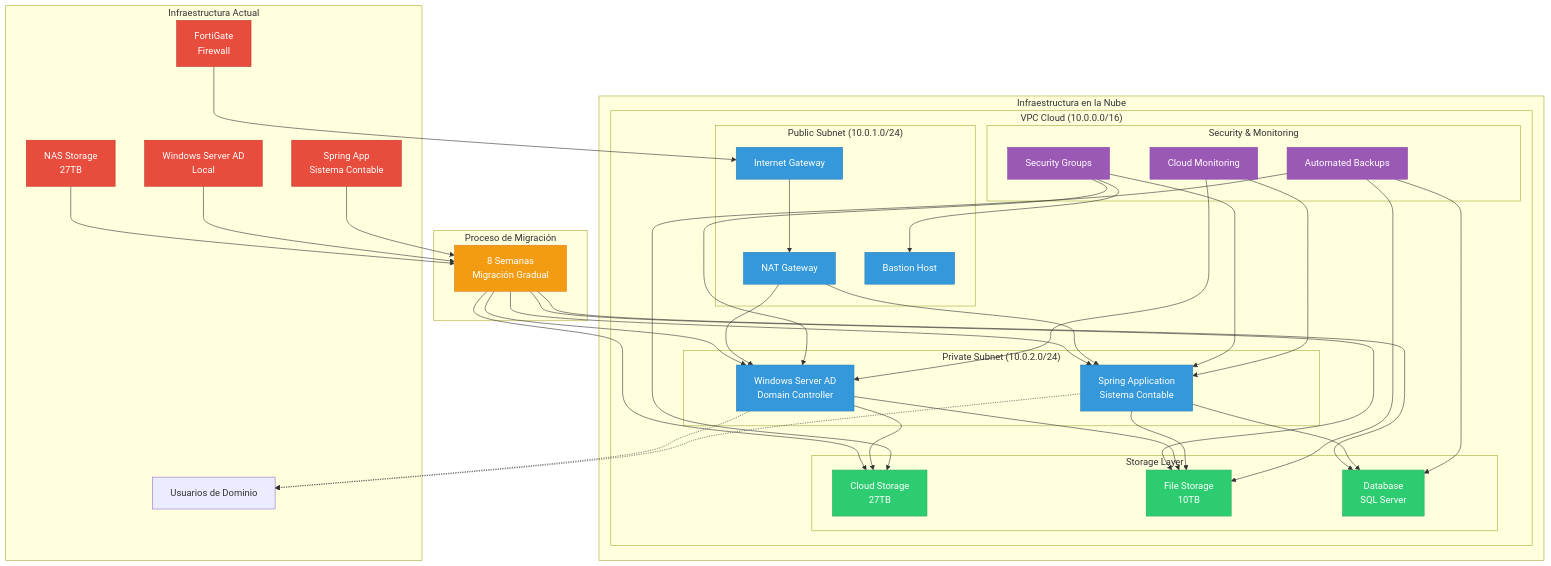
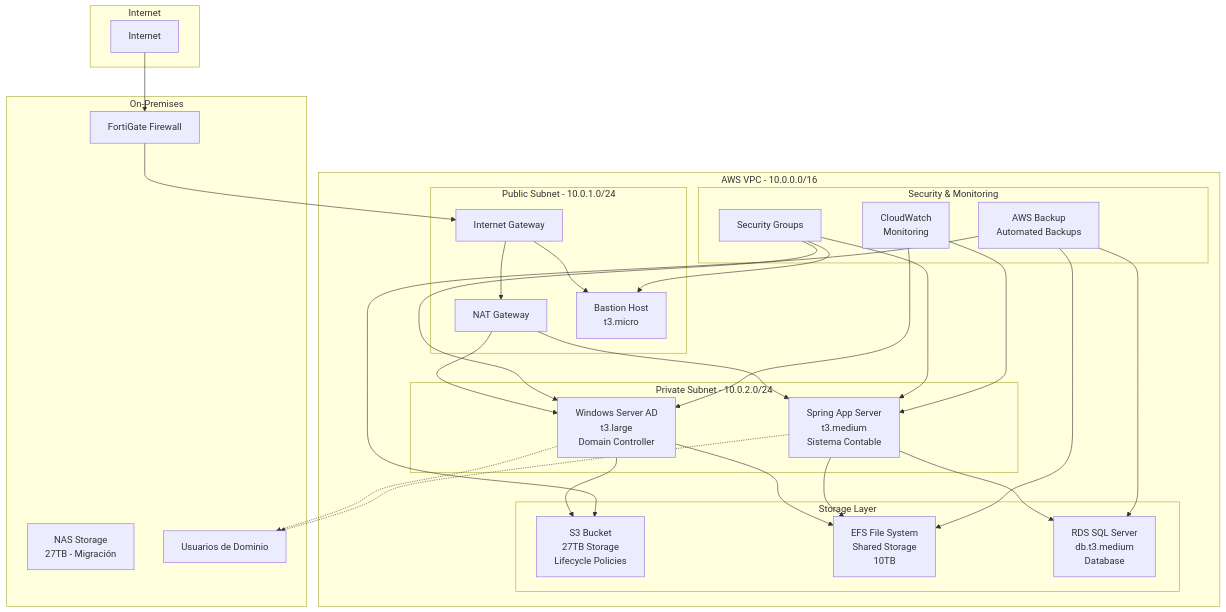
Before and after one commit to zipdatape/TEST: the diagram in README.md, drawn with Mermaid. The commit also changed other lines of this file, not shown here.

````diff
--- a/README.md
+++ b/README.md
@@ -5,85 +18,62 @@
 ```mermaid
 graph TB
-    subgraph "Infraestructura Actual"
-        NAS[NAS Storage<br/>27TB]
-        AD_LOCAL[Windows Server AD<br/>Local]
-        SPRING_LOCAL[Spring App<br/>Sistema Contable]
-        FORTIGATE[FortiGate<br/>Firewall]
+    subgraph "Internet"
+        INTERNET[Internet]
+    end
+    
+    subgraph "AWS VPC - 10.0.0.0/16"
+        subgraph "Public Subnet - 10.0.1.0/24"
+            IGW[Internet Gateway]
+            NAT[NAT Gateway]
+            BASTION[Bastion Host<br/>t3.micro]
+        end
+        
+        subgraph "Private Subnet - 10.0.2.0/24"
+            AD[Windows Server AD<br/>t3.large<br/>Domain Controller]
+            SPRING[Spring App Server<br/>t3.medium<br/>Sistema Contable]
+        end
+        
+        subgraph "Storage Layer"
+            S3[S3 Bucket<br/>27TB Storage<br/>Lifecycle Policies]
+            EFS[EFS File System<br/>Shared Storage<br/>10TB]
+            RDS[RDS SQL Server<br/>db.t3.medium<br/>Database]
+        end
+        
+        subgraph "Security & Monitoring"
+            SG[Security Groups]
+            CW[CloudWatch<br/>Monitoring]
+            BACKUP[AWS Backup<br/>Automated Backups]
+        end
+    end
+    
+    subgraph "On-Premises"
+        FORTIGATE[FortiGate Firewall]
+        NAS[NAS Storage<br/>27TB - Migración]
         USERS[Usuarios de Dominio]
     end
     
-    subgraph "Proceso de Migración"
-        MIGRATION[8 Semanas<br/>Migración Gradual]
-    end
+    INTERNET --> FORTIGATE
+    FORTIGATE --> IGW
+    IGW --> BASTION
+    IGW --> NAT
+    NAT --> AD
+    NAT --> SPRING
     
-    subgraph "Infraestructura en la Nube"
-        subgraph "VPC Cloud (10.0.0.0/16)"
-            subgraph "Public Subnet (10.0.1.0/24)"
-                IGW[Internet Gateway]
-                NAT[NAT Gateway]
-                BASTION[Bastion Host]
-            end
-            
-            subgraph "Private Subnet (10.0.2.0/24)"
-                AD_CLOUD[Windows Server AD<br/>Domain Controller]
-                SPRING_CLOUD[Spring Application<br/>Sistema Contable]
-            end
-            
-            subgraph "Storage Layer"
-                S3[Cloud Storage<br/>27TB]
-                EFS[File Storage<br/>10TB]
-                RDS[Database<br/>SQL Server]
-            end
-            
-            subgraph "Security & Monitoring"
-                SG[Security Groups]
-                MON[Cloud Monitoring]
-                BACKUP[Automated Backups]
-            end
-        end
-    end
+    AD --> S3
+    AD --> EFS
+    SPRING --> RDS
+    SPRING --> EFS
     
-    NAS --> MIGRATION
-    AD_LOCAL --> MIGRATION
-    SPRING_LOCAL --> MIGRATION
-    FORTIGATE --> IGW
-    MIGRATION --> AD_CLOUD
-    MIGRATION --> SPRING_CLOUD
-    MIGRATION --> S3
-    MIGRATION --> EFS
-    MIGRATION --> RDS
-    
-    IGW --> NAT
-    NAT --> AD_CLOUD
-    NAT --> SPRING_CLOUD
-    
-    AD_CLOUD --> S3
-    AD_CLOUD --> EFS
-    SPRING_CLOUD --> RDS
-    SPRING_CLOUD --> EFS
-    
-    SG --> AD_CLOUD
-    SG --> SPRING_CLOUD
+    SG --> AD
+    SG --> SPRING
     SG --> BASTION
     
-    MON --> AD_CLOUD
-    MON --> SPRING_CLOUD
+    CW --> AD
+    CW --> SPRING
     BACKUP --> S3
     BACKUP --> EFS
     BACKUP --> RDS
     
-    AD_CLOUD -.-> USERS
-    SPRING_CLOUD -.-> USERS
-    
-    classDef current fill:#e74c3c,stroke:#c0392b,color:#fff
-    classDef cloud fill:#3498db,stroke:#2980b9,color:#fff
-    classDef migration fill:#f39c12,stroke:#e67e22,color:#fff
-    classDef storage fill:#2ecc71,stroke:#27ae60,color:#fff
-    classDef security fill:#9b59b6,stroke:#8e44ad,color:#fff
-    
-    class NAS,AD_LOCAL,SPRING_LOCAL,FORTIGATE current
-    class AD_CLOUD,SPRING_CLOUD,IGW,NAT,BASTION cloud
-    class MIGRATION migration
-    class S3,EFS,RDS storage
-    class SG,MON,BACKUP security
+    AD -.-> USERS
+    SPRING -.-> USERS
 ```
````
